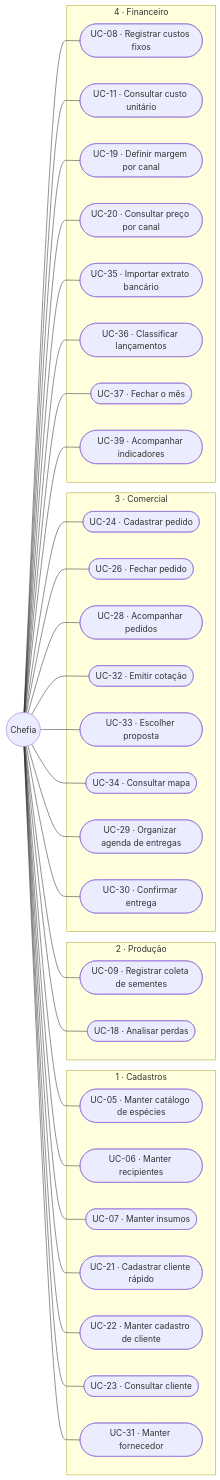
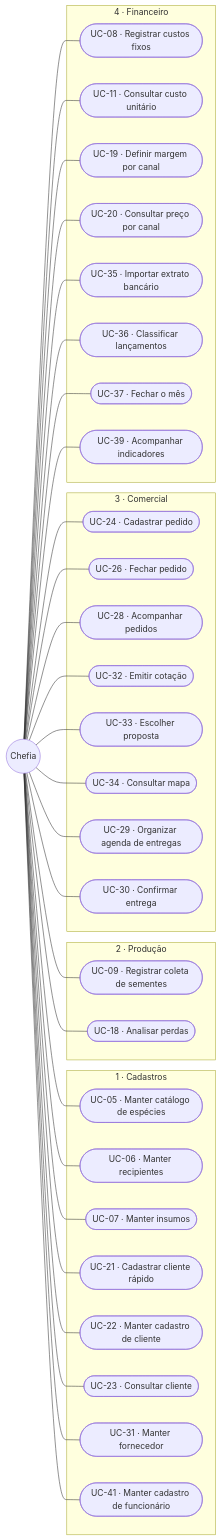
One commit to JoaoMudar/mudar changed the second of 5 diagrams in docs/engenharia/C-modelagem/C1-diagrama-casos-de-uso.md. Above: the diagram before and after it, drawn with Mermaid. The commit also changed other lines of this file and 33 other files, not shown here.

````diff
--- a/docs/engenharia/C-modelagem/C1-diagrama-casos-de-uso.md
+++ b/docs/engenharia/C-modelagem/C1-diagrama-casos-de-uso.md
@@ -118,67 +118,69 @@
 ```mermaid
 graph LR
   CH(("Chefia"))
 
   subgraph M1["1 · Cadastros"]
     UC05(["UC-05 · Manter catálogo de espécies"])
     UC06(["UC-06 · Manter recipientes"])
     UC07(["UC-07 · Manter insumos"])
     UC21(["UC-21 · Cadastrar cliente rápido"])
     UC22(["UC-22 · Manter cadastro de cliente"])
     UC23(["UC-23 · Consultar cliente"])
     UC31(["UC-31 · Manter fornecedor"])
+    UC41(["UC-41 · Manter cadastro de funcionário"])
   end
 
   subgraph M2["2 · Produção"]
     UC09(["UC-09 · Registrar coleta de sementes"])
     UC18(["UC-18 · Analisar perdas"])
   end
 
   subgraph M3["3 · Comercial"]
     UC24(["UC-24 · Cadastrar pedido"])
     UC26(["UC-26 · Fechar pedido"])
     UC28(["UC-28 · Acompanhar pedidos"])
     UC32(["UC-32 · Emitir cotação"])
     UC33(["UC-33 · Escolher proposta"])
     UC34(["UC-34 · Consultar mapa"])
     UC29(["UC-29 · Organizar agenda de entregas"])
     UC30(["UC-30 · Confirmar entrega"])
   end
 
   subgraph M4["4 · Financeiro"]
     UC08(["UC-08 · Registrar custos fixos"])
     UC11(["UC-11 · Consultar custo unitário"])
     UC19(["UC-19 · Definir margem por canal"])
     UC20(["UC-20 · Consultar preço por canal"])
     UC35(["UC-35 · Importar extrato bancário"])
     UC36(["UC-36 · Classificar lançamentos"])
     UC37(["UC-37 · Fechar o mês"])
     UC39(["UC-39 · Acompanhar indicadores"])
   end
 
   CH --- UC05
   CH --- UC06
   CH --- UC07
   CH --- UC08
   CH --- UC09
   CH --- UC21
   CH --- UC22
   CH --- UC23
   CH --- UC24
   CH --- UC26
   CH --- UC28
   CH --- UC19
   CH --- UC20
   CH --- UC11
   CH --- UC31
+  CH --- UC41
   CH --- UC32
   CH --- UC33
   CH --- UC34
   CH --- UC29
   CH --- UC30
   CH --- UC35
   CH --- UC36
   CH --- UC37
   CH --- UC18
   CH --- UC39
 ```
````
